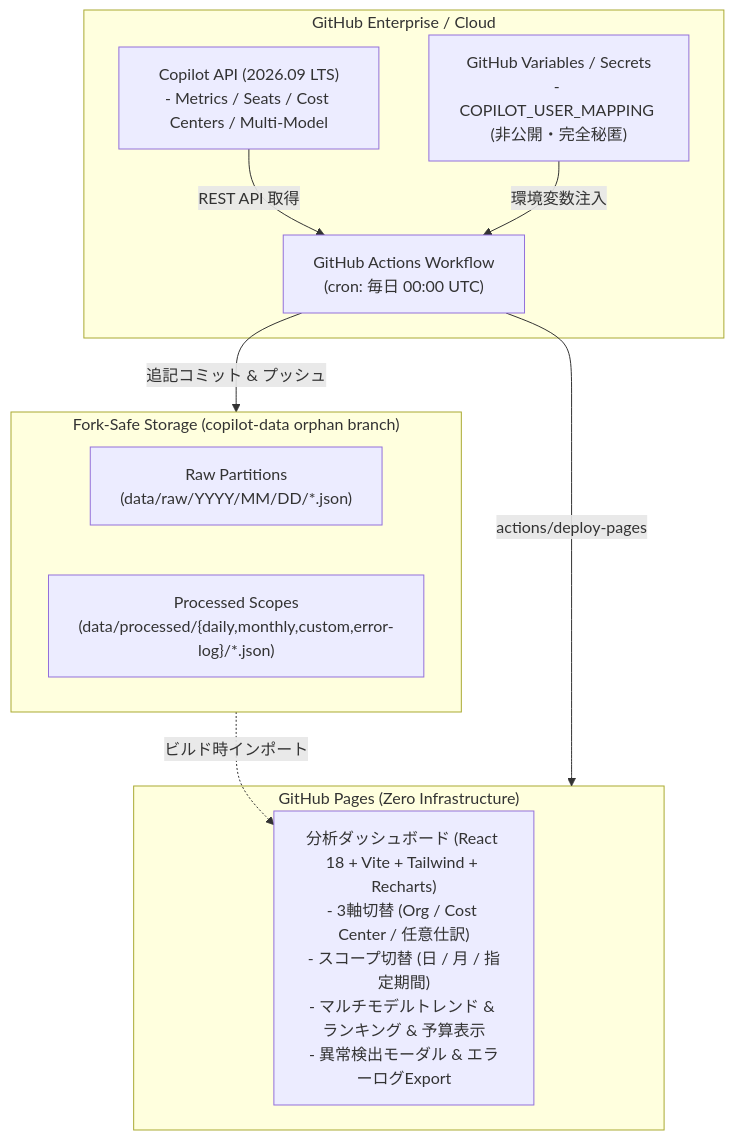
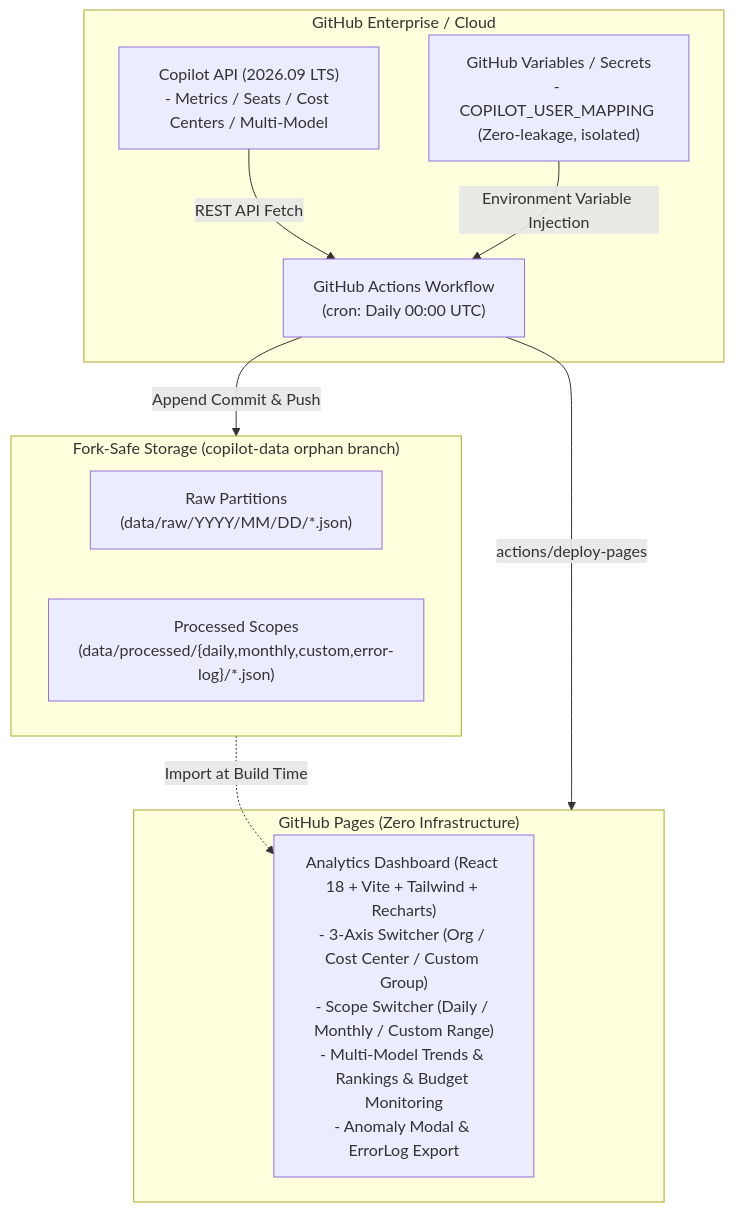
Before and after one commit to sun-flat-yamada/github-copilot-dashboard: the diagram in README.md, drawn with Mermaid. The commit also changed other lines of this file and 1 other file, not shown here.

````diff
--- a/README.md
+++ b/README.md
@@ -63,23 +69,23 @@
 ```mermaid
 flowchart TD
     subgraph GitHub_Cloud["GitHub Enterprise / Cloud"]
         API["Copilot API (2026.09 LTS)\n- Metrics / Seats / Cost Centers / Multi-Model"]
-        Vars["GitHub Variables / Secrets\n- COPILOT_USER_MAPPING (非公開・完全秘匿)"]
-        Cron["GitHub Actions Workflow\n(cron: 毎日 00:00 UTC)"]
+        Vars["GitHub Variables / Secrets\n- COPILOT_USER_MAPPING (Zero-leakage, isolated)"]
+        Cron["GitHub Actions Workflow\n(cron: Daily 00:00 UTC)"]
     end
 
     subgraph Storage["Fork-Safe Storage (copilot-data orphan branch)"]
         Raw["Raw Partitions\n(data/raw/YYYY/MM/DD/*.json)"]
         Processed["Processed Scopes\n(data/processed/{daily,monthly,custom,error-log}/*.json)"]
     end
 
     subgraph Hosting["GitHub Pages (Zero Infrastructure)"]
-        SPA["分析ダッシュボード (React 18 + Vite + Tailwind + Recharts)\n- 3軸切替 (Org / Cost Center / 任意仕訳)\n- スコープ切替 (日 / 月 / 指定期間)\n- マルチモデルトレンド & ランキング & 予算表示\n- 異常検出モーダル & エラーログExport"]
+        SPA["Analytics Dashboard (React 18 + Vite + Tailwind + Recharts)\n- 3-Axis Switcher (Org / Cost Center / Custom Group)\n- Scope Switcher (Daily / Monthly / Custom Range)\n- Multi-Model Trends & Rankings & Budget Monitoring\n- Anomaly Modal & ErrorLog Export"]
     end
 
-    API -->|REST API 取得| Cron
-    Vars -->|環境変数注入| Cron
-    Cron -->|追記コミット & プッシュ| Storage
-    Storage -.->|ビルド時インポート| SPA
+    API -->|REST API Fetch| Cron
+    Vars -->|Environment Variable Injection| Cron
+    Cron -->|Append Commit & Push| Storage
+    Storage -.->|Import at Build Time| SPA
     Cron -->|actions/deploy-pages| Hosting
 ```
````
